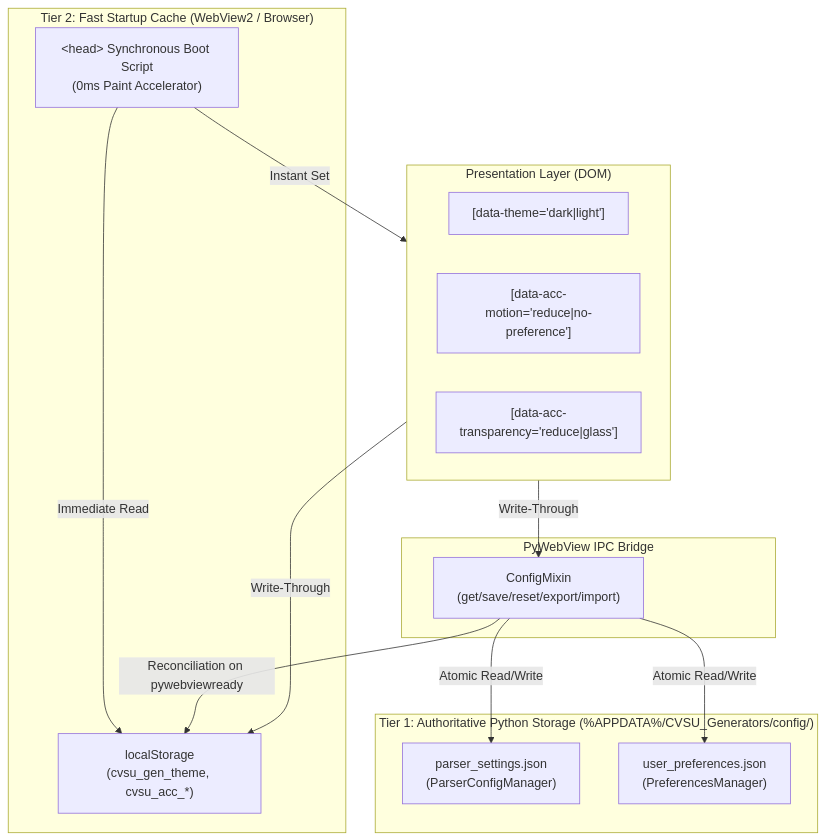
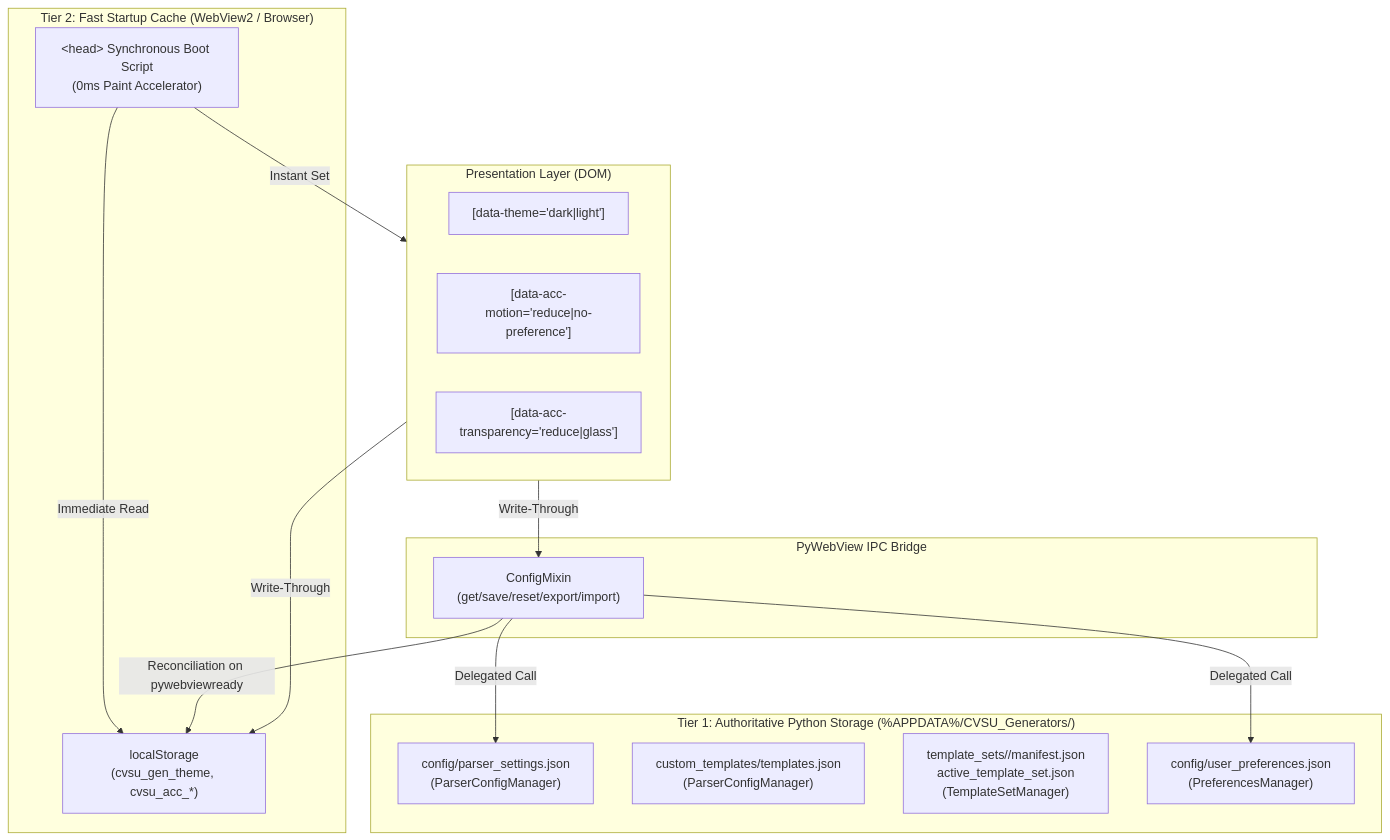
Before and after one commit to DrinkBoooz/cvsu-generator_documentation: the diagram in 01 - Architecture/Persistent State Architecture.md, drawn with Mermaid. The commit also changed other lines of this file, not shown here.

Commit message:
48: document complete import contracts and separate template persistence

````diff
--- a/01 - Architecture/Persistent State Architecture.md
+++ b/01 - Architecture/Persistent State Architecture.md
@@ -37,33 +39,35 @@
 ```mermaid
 graph TD
-    subgraph Tier1["Tier 1: Authoritative Python Storage (%APPDATA%/CVSU_Generators/config/)"]
-        ParserFile["parser_settings.json<br/>(ParserConfigManager)"]
-        PrefsFile["user_preferences.json<br/>(PreferencesManager)"]
+    subgraph Tier1["Tier 1: Authoritative Python Storage (%APPDATA%/CVSU_Generators/)"]
+        ParserFile["config/parser_settings.json<br/>(ParserConfigManager)"]
+        CustomTemplates["custom_templates/templates.json<br/>(ParserConfigManager)"]
+        TemplateSets["template_sets/<set_id>/manifest.json<br/>active_template_set.json<br/>(TemplateSetManager)"]
+        PrefsFile["config/user_preferences.json<br/>(PreferencesManager)"]
     end
 
     subgraph Tier2["Tier 2: Fast Startup Cache (WebView2 / Browser)"]
         HeadScript["&lt;head&gt; Synchronous Boot Script<br/>(0ms Paint Accelerator)"]
         LocalStorage["localStorage<br/>(cvsu_gen_theme, cvsu_acc_*)"]
     end
 
     subgraph Bridge["PyWebView IPC Bridge"]
         APIConfig["ConfigMixin<br/>(get/save/reset/export/import)"]
     end
 
     subgraph UI["Presentation Layer (DOM)"]
         Theme["[data-theme='dark|light']"]
         Motion["[data-acc-motion='reduce|no-preference']"]
         Transparency["[data-acc-transparency='reduce|glass']"]
     end
 
     HeadScript -->|Immediate Read| LocalStorage
     HeadScript -->|Instant Set| UI
 
-    APIConfig -->|Atomic Read/Write| ParserFile
-    APIConfig -->|Atomic Read/Write| PrefsFile
+    APIConfig -->|Delegated Call| ParserFile
+    APIConfig -->|Delegated Call| PrefsFile
 
     UI -->|Write-Through| LocalStorage
     UI -->|Write-Through| APIConfig
 
     APIConfig -->|Reconciliation on pywebviewready| LocalStorage
 ```
````
